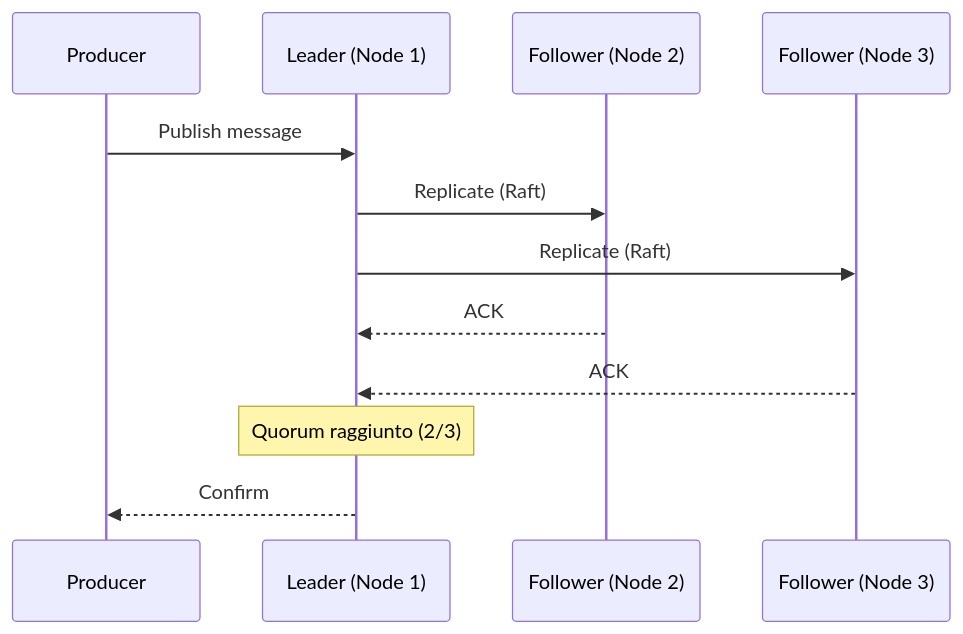
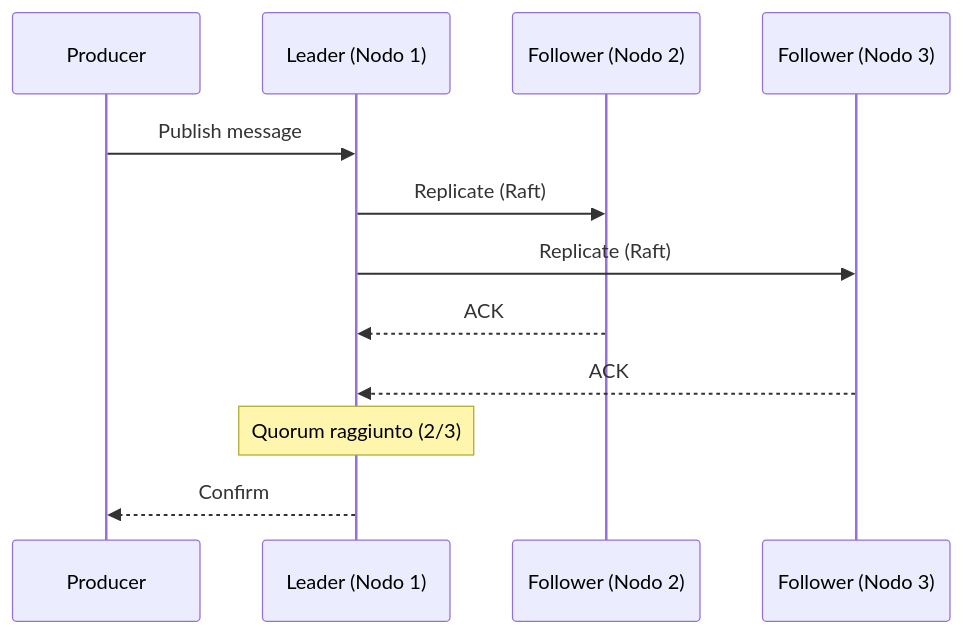
One commit to HidoraSwiss/hikube-public-doc changed the third of 3 diagrams in i18n/it/docusaurus-plugin-content-docs/current/services/messaging/rabbitmq/concepts.md. Above: the diagram before and after it, drawn with Mermaid. The commit also changed other lines of this file and 148 other files, not shown here.

````diff
--- a/i18n/it/docusaurus-plugin-content-docs/current/services/messaging/rabbitmq/concepts.md
+++ b/i18n/it/docusaurus-plugin-content-docs/current/services/messaging/rabbitmq/concepts.md
@@ -117,15 +127,15 @@
 ```mermaid
 sequenceDiagram
     participant P as Producer
-    participant L as Leader (Node 1)
-    participant F1 as Follower (Node 2)
-    participant F2 as Follower (Node 3)
+    participant L as Leader (Nodo 1)
+    participant F1 as Follower (Nodo 2)
+    participant F2 as Follower (Nodo 3)
 
     P->>L: Publish message
     L->>F1: Replicate (Raft)
     L->>F2: Replicate (Raft)
     F1-->>L: ACK
     F2-->>L: ACK
     Note over L: Quorum raggiunto (2/3)
     L-->>P: Confirm
 ```
````
